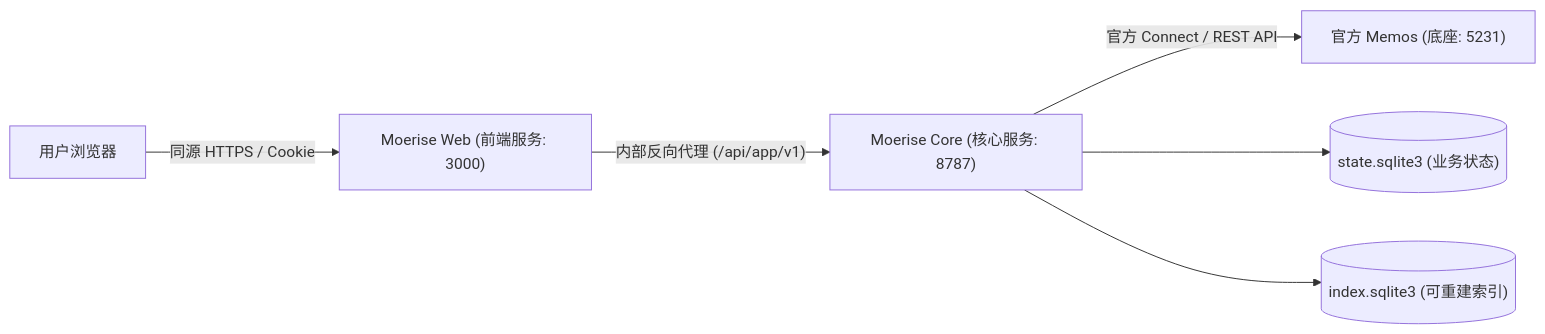
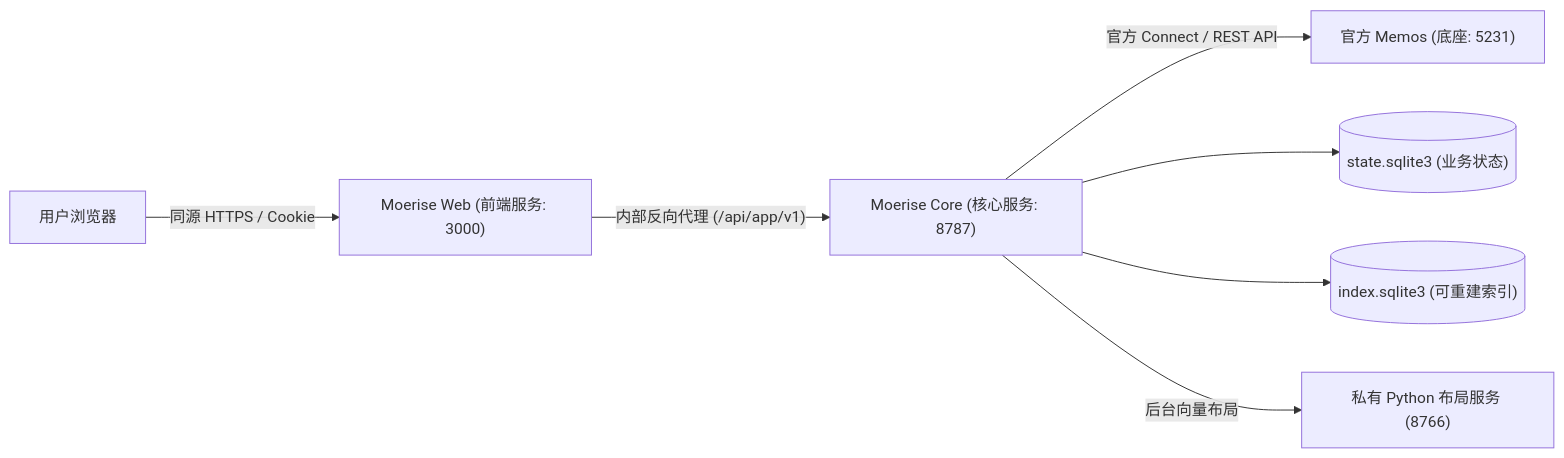
The diagram in docs/DESIGN.md (Fermin214/Moerise), drawn with Mermaid before and after one commit. The commit also changed other lines of this file and 50 other files, not shown here.

Commit message:
feat: 接入均衡 UMAP 观星与稳定增量星图

````diff
--- a/docs/DESIGN.md
+++ b/docs/DESIGN.md
@@ -11,8 +11,9 @@
 ```mermaid
 flowchart LR
     Browser["用户浏览器"] -->|"同源 HTTPS / Cookie"| Web["Moerise Web (前端服务: 3000)"]
     Web -->|"内部反向代理 (/api/app/v1)"| Core["Moerise Core (核心服务: 8787)"]
     Core -->|"官方 Connect / REST API"| Memos["官方 Memos (底座: 5231)"]
     Core --> State[("state.sqlite3 (业务状态)")]
     Core --> Index[("index.sqlite3 (可重建索引)")]
+    Core -->|"后台向量布局"| Layout["私有 Python 布局服务 (8766)"]
 ```
````
